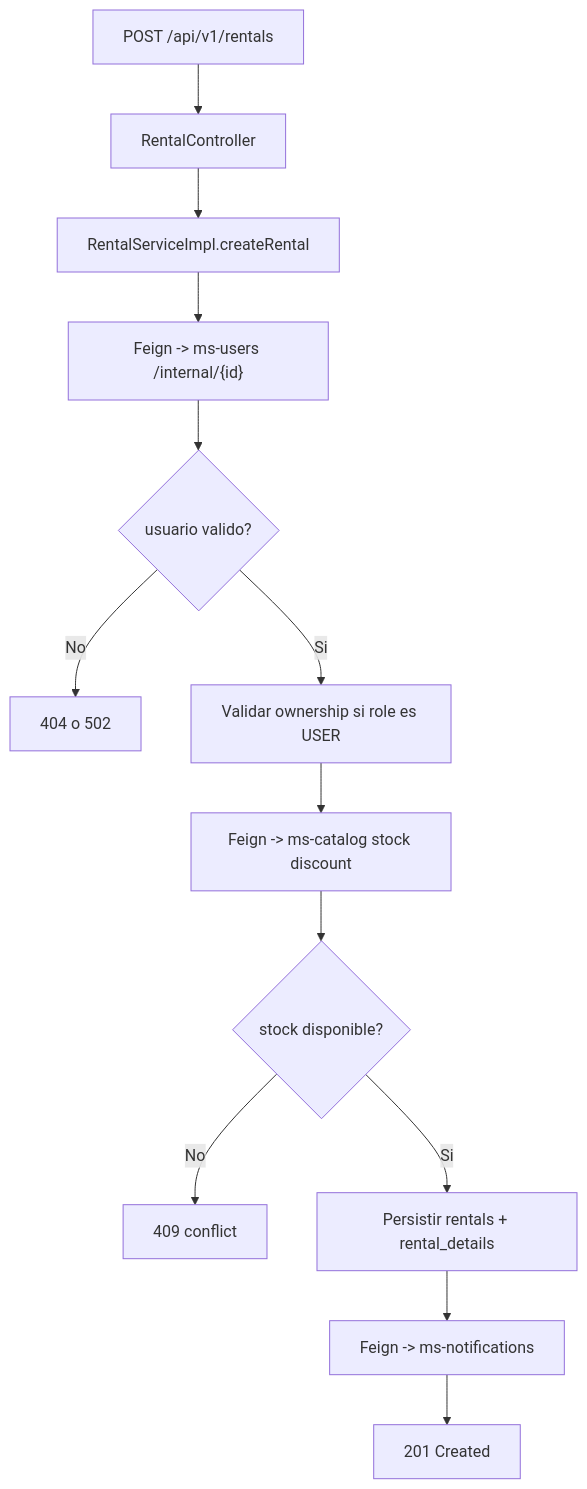
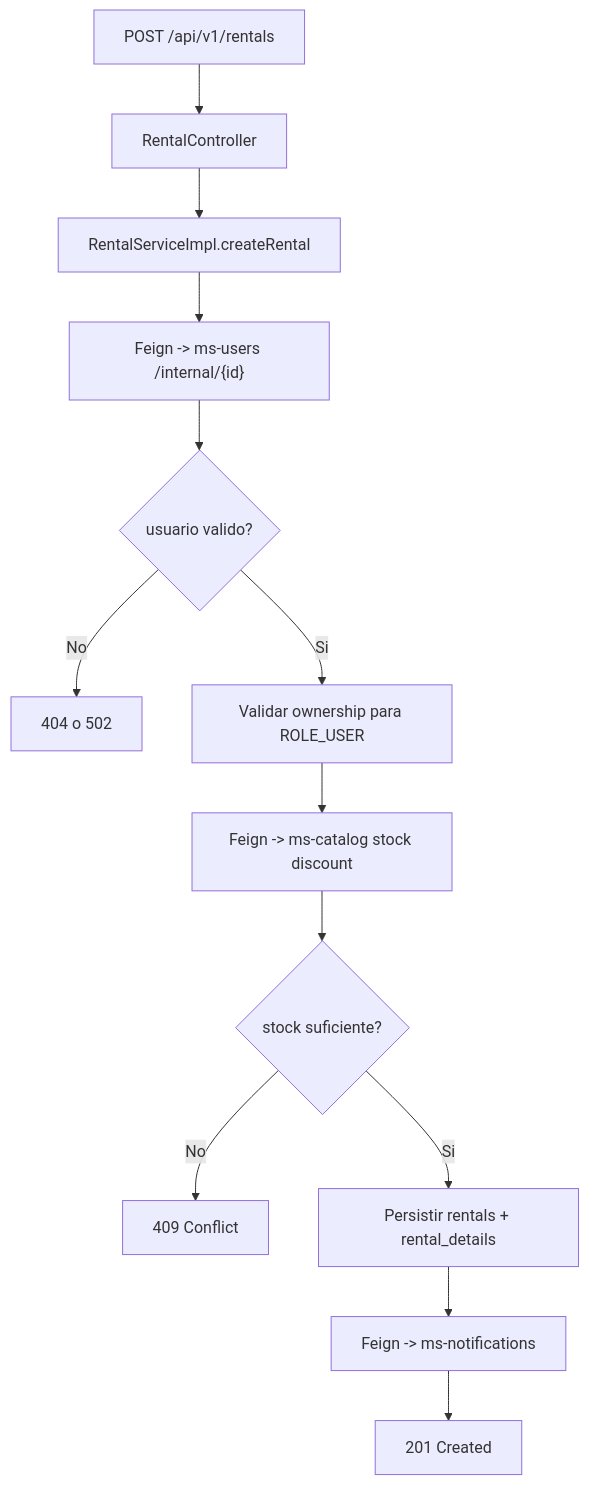
One commit to Sebastianidm/blockbuster-microservices changed the second of 3 diagrams in transactions/transactions/README.md. Above: the diagram before and after it, drawn with Mermaid. The commit also changed other lines of this file and 5 other files, not shown here.

````diff
--- a/transactions/transactions/README.md
+++ b/transactions/transactions/README.md
@@ -107,15 +104,15 @@
 ```mermaid
 flowchart TD
     A["POST /api/v1/rentals"] --> B["RentalController"]
     B --> C["RentalServiceImpl.createRental"]
     C --> D["Feign -> ms-users /internal/{id}"]
     D --> E{"usuario valido?"}
     E -- "No" --> F["404 o 502"]
-    E -- "Si" --> G["Validar ownership si role es USER"]
+    E -- "Si" --> G["Validar ownership para ROLE_USER"]
     G --> H["Feign -> ms-catalog stock discount"]
-    H --> I{"stock disponible?"}
-    I -- "No" --> J["409 conflict"]
+    H --> I{"stock suficiente?"}
+    I -- "No" --> J["409 Conflict"]
     I -- "Si" --> K["Persistir rentals + rental_details"]
     K --> L["Feign -> ms-notifications"]
     L --> M["201 Created"]
 ```
````
